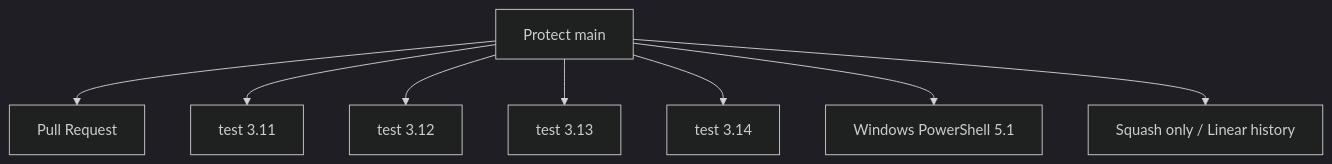
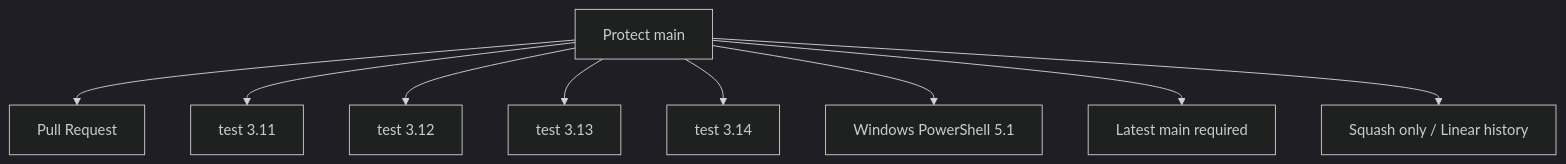
The second of 5 diagrams in docs/GITHUB-SETUP.md (k-systems202208/python-sqlite-tailscale-webapp-template), drawn with Mermaid (dark theme) before and after one commit. The commit also changed other lines of this file and 6 other files, not shown here.

````diff
--- a/docs/GITHUB-SETUP.md
+++ b/docs/GITHUB-SETUP.md
@@ -71,10 +74,11 @@
 ```mermaid
 flowchart TD
     R["Protect main"] --> P["Pull Request"]
     R --> P11["test 3.11"]
     R --> P12["test 3.12"]
     R --> P13["test 3.13"]
     R --> P14["test 3.14"]
     R --> W["Windows PowerShell 5.1"]
+    R --> U["Latest main required"]
     R --> S["Squash only / Linear history"]
 ```
````
